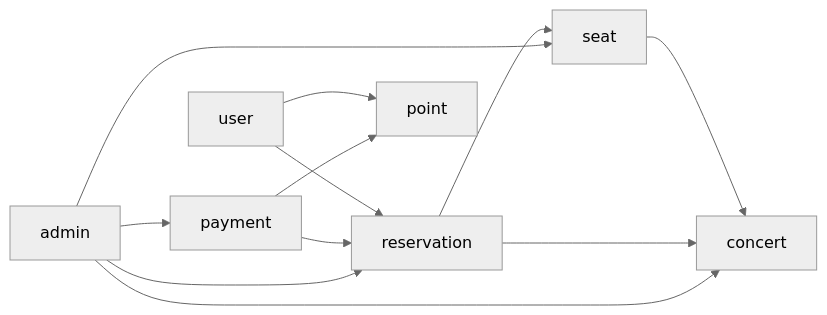
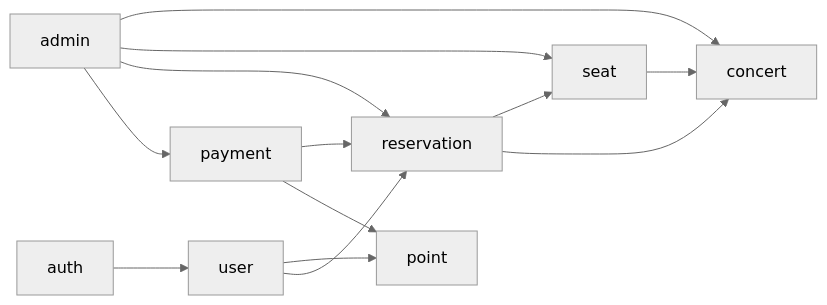
Before and after one commit to bae-inho/ticatch: the first of 6 diagrams in docs/domain.md, drawn with Mermaid (neutral theme). The commit also changed other lines of this file and 5 other files, not shown here.

````diff
--- a/docs/domain.md
+++ b/docs/domain.md
@@ -29,14 +30,15 @@
 ```mermaid
 flowchart LR
     admin --> concert
     admin --> seat
     admin --> reservation
     admin --> payment
     payment --> reservation
     payment --> point
     reservation --> seat
     reservation --> concert
     seat --> concert
     user --> point
     user --> reservation
+    auth --> user
 ```
````
